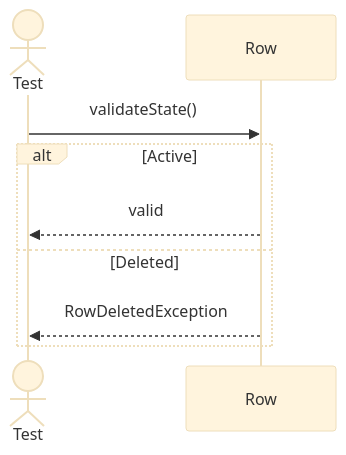
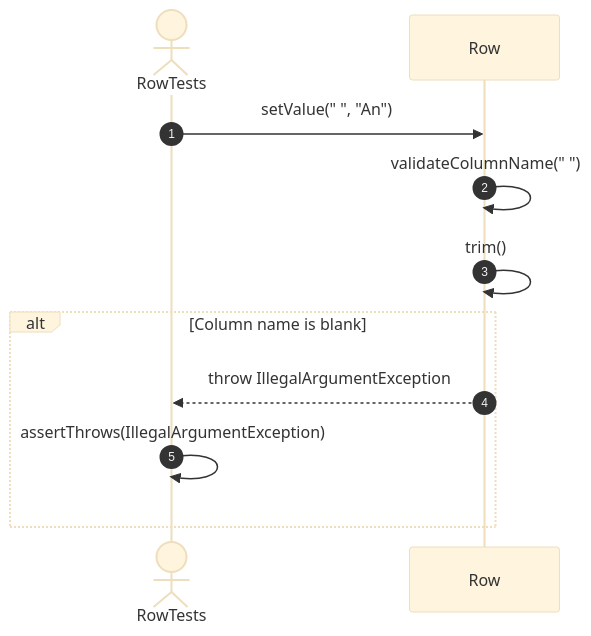
One commit to FhuAnn/-bbv-AN-s-DBMS changed diagram 11 of 33 in src/tests/unit/metadata/sequences/rows-testing.se.md. Above: the diagram before and after it, drawn with Mermaid (base theme). The commit also changed other lines of this file and 60 other files, not shown here.

Commit message:
refactor data table, row, column, constraint, index test file

````diff
--- a/src/tests/unit/metadata/sequences/rows-testing.se.md
+++ b/src/tests/unit/metadata/sequences/rows-testing.se.md
@@ -197,13 +289,17 @@
 ```mermaid
 sequenceDiagram
-actor Test
-participant Row
+    autonumber
 
-Test->>Row: validateState()
+    actor Test as RowTests
+    participant Row as Row
 
-alt Active
-    Row-->>Test: valid
-else Deleted
-    Row-->>Test: RowDeletedException
-end
+    Test->>Row: setValue("   ", "An")
+
+    Row->>Row: validateColumnName("   ")
+    Row->>Row: trim()
+
+    alt Column name is blank
+        Row-->>Test: throw IllegalArgumentException
+        Test->>Test: assertThrows(IllegalArgumentException)
+    end
 ```
````
